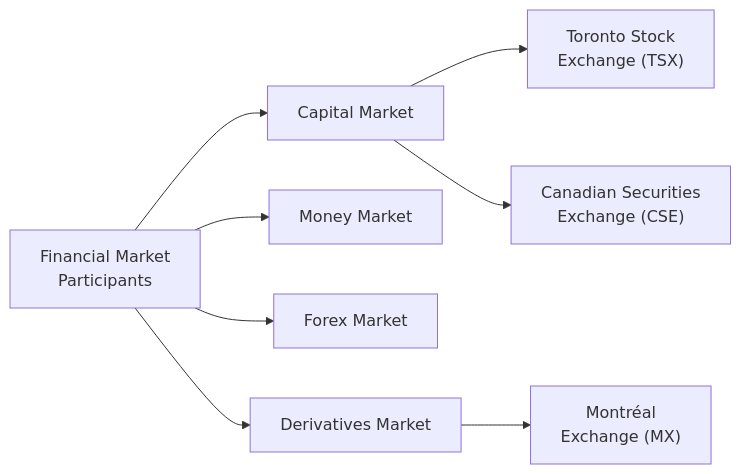
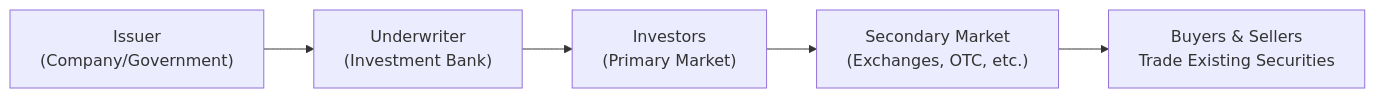
One commit to MasteryEducation/SecuritiesExamsMastery.ca changed the diagram in content/ifc/2/3/index.md. Above: the diagram before and after it, drawn with Mermaid. The commit also changed other lines of this file and 130 other files, not shown here.

````diff
--- a/content/ifc/2/3/index.md
+++ b/content/ifc/2/3/index.md
@@ -116,19 +49,7 @@
 ```mermaid
 flowchart LR
-    A["Financial Market <br/>Participants"]
-    B["Capital Market"]
-    C["Money Market"]
-    D["Forex Market"]
-    E["Derivatives Market"]
-    F["Toronto Stock <br/>Exchange (TSX)"]
-    G["Canadian Securities <br/>Exchange (CSE)"]
-    H["Montréal <br/>Exchange (MX)"]
-
-    A --> B
-    A --> C
-    A --> D
-    A --> E
-    B --> F
-    B --> G
-    E --> H
+    A["Issuer <br/>(Company/Government)"] --> B["Underwriter <br/>(Investment Bank)"]
+    B["Underwriter <br/>(Investment Bank)"] --> C["Investors <br/>(Primary Market)"]
+    C["Investors <br/>(Primary Market)"] --> D["Secondary Market <br/>(Exchanges, OTC, etc.)"]
+    D["Secondary Market <br/>(Exchanges, OTC, etc.)"] --> E["Buyers & Sellers <br/>Trade Existing Securities"]
 ```
````
